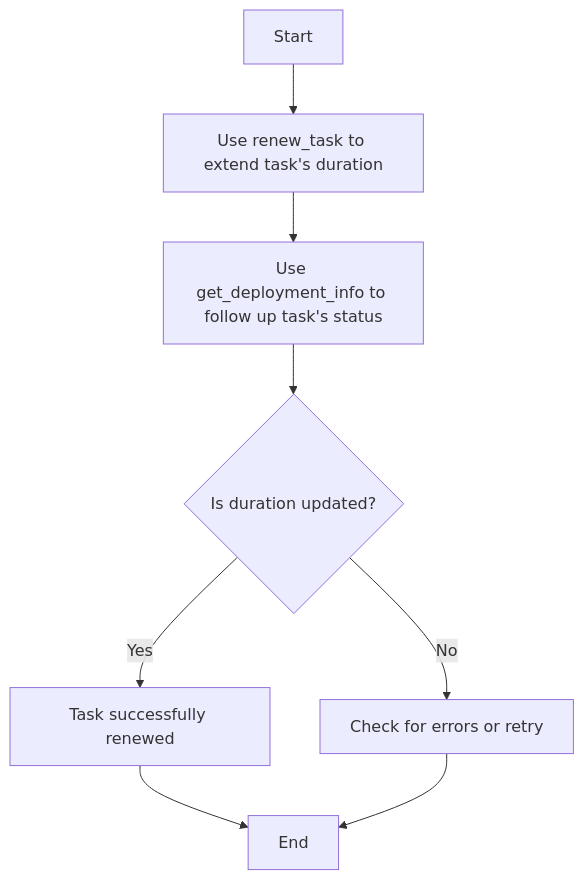
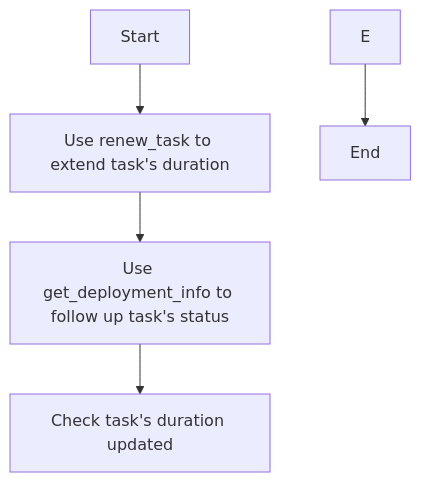
One commit to alphaflows/workbench changed the second of 3 diagrams in docs/sdk/flowchart.md. Above: the diagram before and after it, drawn with Mermaid. The commit also changed other lines of this file and 1 other file, not shown here.

````diff
--- a/docs/sdk/flowchart.md
+++ b/docs/sdk/flowchart.md
@@ -43,10 +45,7 @@
 ```mermaid
 flowchart TD
     A[Start] --> B[Use renew_task to extend task's duration]
     B --> C[Use get_deployment_info to follow up task's status]
-    C --> D{Is duration updated?}
-    D -->|Yes| E[Task successfully renewed]
-    D -->|No| F[Check for errors or retry]
+    C --> D[Check task's duration updated]
     E --> G[End]
-    F --> G
 ```
````
